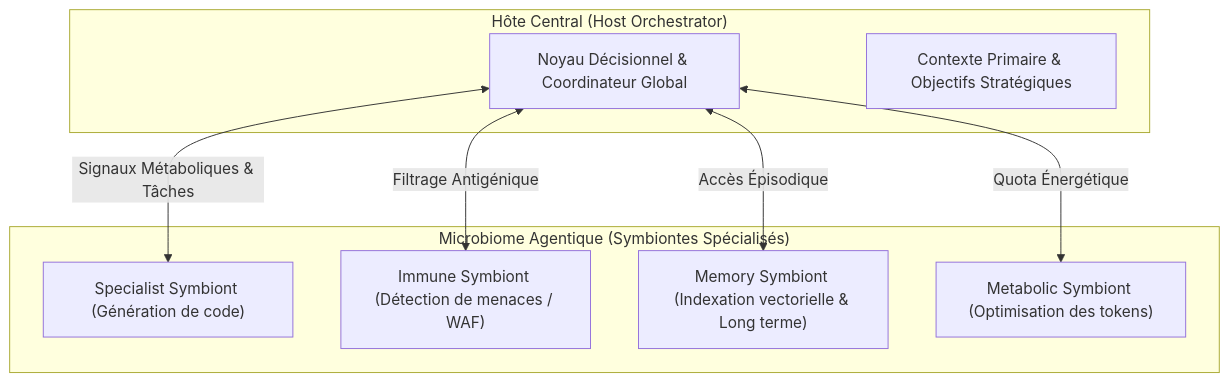
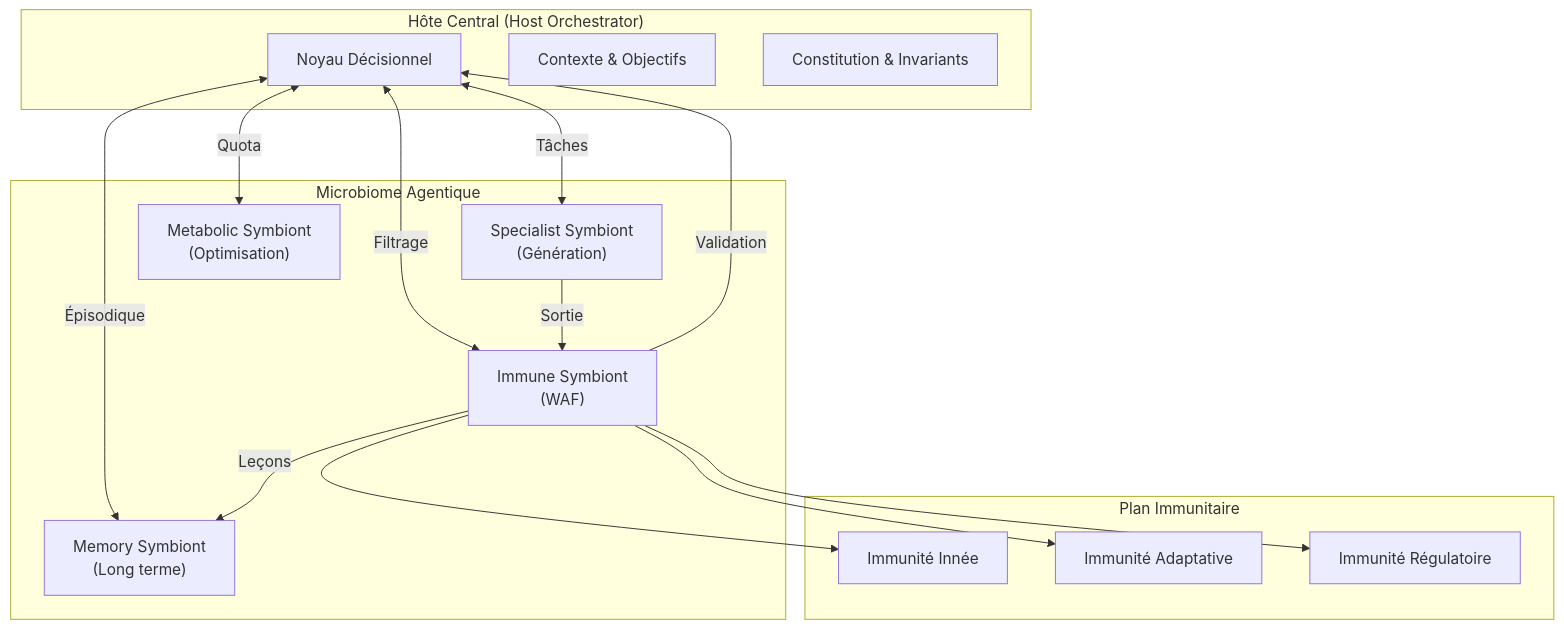
One commit to PISSARAW/GenOS changed the second of 5 diagrams in docs/02-orchestration/topologies/holobionte.md. Above: the diagram before and after it, drawn with Mermaid. The commit also changed other lines of this file and 1 other file, not shown here.

First line of the commit message:
[DOC] Refonte complète des docs Rhizome et Holobionte au standard Syncytium — modèles mathématiques, cas d'usage, anti-usage, Mermaid

````diff
--- a/docs/02-orchestration/topologies/holobionte.md
+++ b/docs/02-orchestration/topologies/holobionte.md
@@ -996,19 +907,32 @@
 ```mermaid
 graph TD
     subgraph Host["Hôte Central (Host Orchestrator)"]
-        H_Core["Noyau Décisionnel & Coordinateur Global"]
-        H_Ctx["Contexte Primaire & Objectifs Stratégiques"]
+        H_Core["Noyau Décisionnel"]
+        H_Ctx["Contexte & Objectifs"]
+        H_Const["Constitution & Invariants"]
     end
 
-    subgraph Symbionts["Microbiome Agentique (Symbiontes Spécialisés)"]
-        S_Exec["Specialist Symbiont (Génération de code)"]
-        S_Immune["Immune Symbiont (Détection de menaces / WAF)"]
-        S_Mem["Memory Symbiont (Indexation vectorielle & Long terme)"]
-        S_Metab["Metabolic Symbiont (Optimisation des tokens)"]
+    subgraph Symbionts["Microbiome Agentique"]
+        S_Exec["Specialist Symbiont\n(Génération)"]
+        S_Immune["Immune Symbiont\n(WAF)"]
+        S_Mem["Memory Symbiont\n(Long terme)"]
+        S_Metab["Metabolic Symbiont\n(Optimisation)"]
     end
 
-    H_Core <-->|Signaux Métaboliques & Tâches| S_Exec
-    H_Core <-->|Filtrage Antigénique| S_Immune
-    H_Core <-->|Accès Épisodique| S_Mem
-    H_Core <-->|Quota Énergétique| S_Metab
+    subgraph Immune["Plan Immunitaire"]
+        Innate["Immunité Innée"]
+        Adaptive["Immunité Adaptative"]
+        Regulatory["Immunité Régulatoire"]
+    end
+
+    H_Core <-->|Tâches| S_Exec
+    H_Core <-->|Filtrage| S_Immune
+    H_Core <-->|Épisodique| S_Mem
+    H_Core <-->|Quota| S_Metab
+    S_Exec -->|Sortie| S_Immune
+    S_Immune -->|Validation| H_Core
+    S_Immune -->|Leçons| S_Mem
+    S_Immune --> Innate
+    S_Immune --> Adaptive
+    S_Immune --> Regulatory
 ```
````
